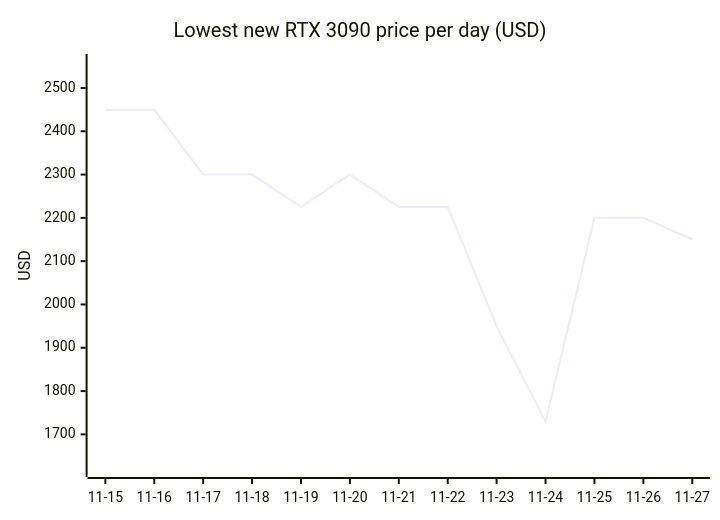
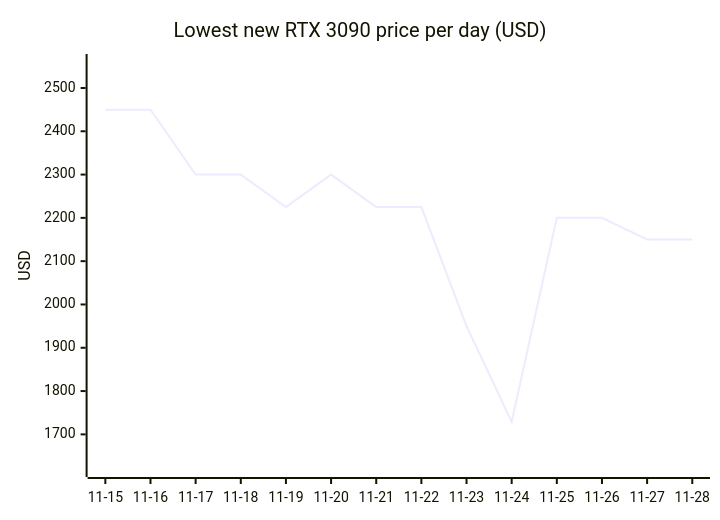
The ninth of 18 diagrams in README.md (7324136828/4tb_ssd_price_watch), drawn with Mermaid before and after one commit. The commit also changed other lines of this file, not shown here.

````diff
--- a/README.md
+++ b/README.md
@@ -1034,7 +1062,7 @@
 ```mermaid
 xychart-beta
     title "Lowest new RTX 3090 price per day (USD)"
-    x-axis ["11-15", "11-16", "11-17", "11-18", "11-19", "11-20", "11-21", "11-22", "11-23", "11-24", "11-25", "11-26", "11-27"]
+    x-axis ["11-15", "11-16", "11-17", "11-18", "11-19", "11-20", "11-21", "11-22", "11-23", "11-24", "11-25", "11-26", "11-27", "11-28"]
     y-axis "USD" 1620 --> 2560
-    line [2450.00, 2450.00, 2300.00, 2300.00, 2225.00, 2300.00, 2225.00, 2225.00, 1950.00, 1729.00, 2200.00, 2200.00, 2150.00]
+    line [2450.00, 2450.00, 2300.00, 2300.00, 2225.00, 2300.00, 2225.00, 2225.00, 1950.00, 1729.00, 2200.00, 2200.00, 2150.00, 2150.00]
 ```
````
